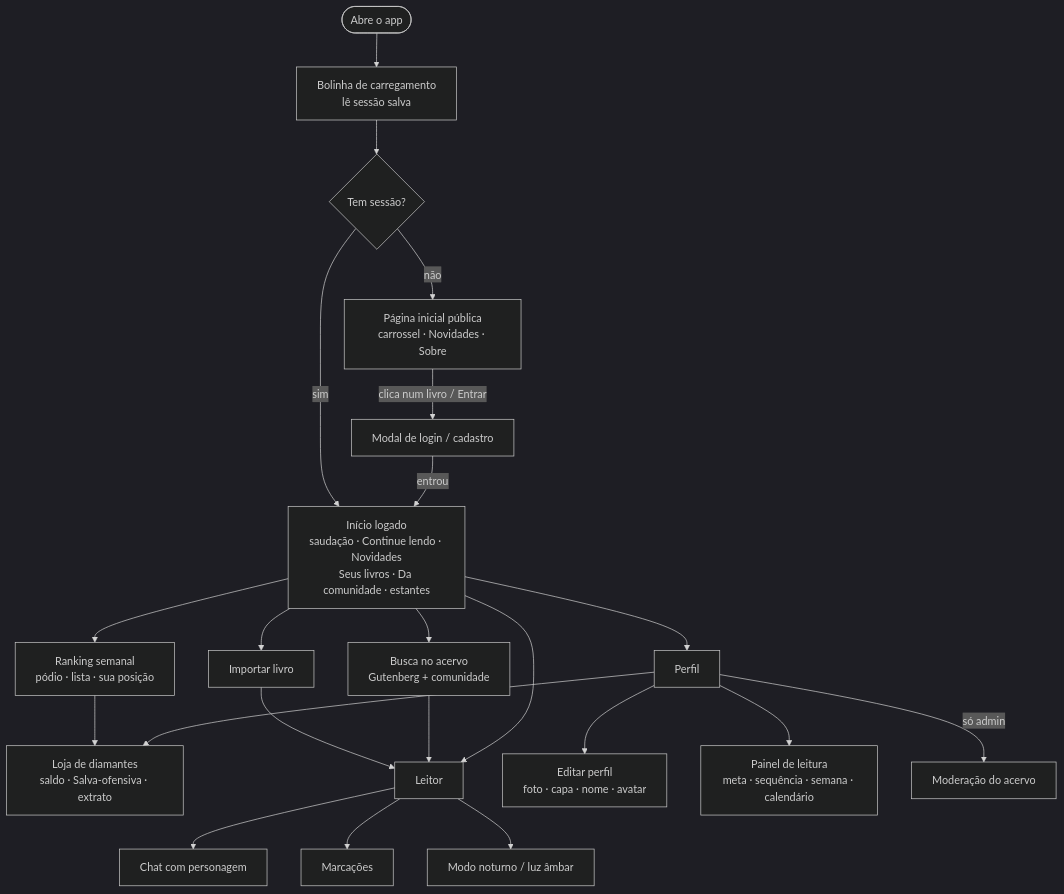
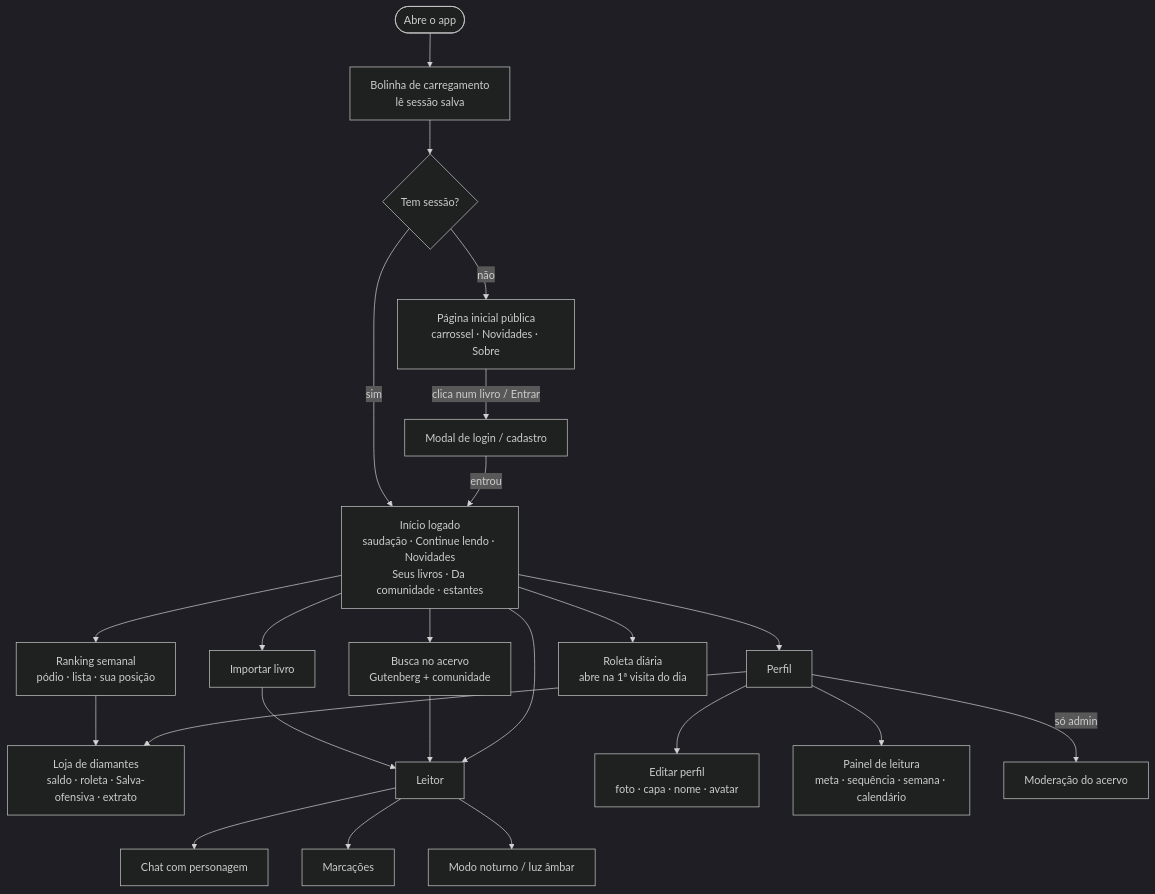
One commit to axyonsoftwarehouse/story-verse-web changed the second of 14 diagrams in docs/ARQUITETURA.md. Above: the diagram before and after it, drawn with Mermaid (dark theme). The commit also changed other lines of this file and 5 other files, not shown here.

First line of the commit message:
feat(diamonds): daily spin wheel and "how to earn" section in the shop

````diff
--- a/docs/ARQUITETURA.md
+++ b/docs/ARQUITETURA.md
@@ -83,29 +83,30 @@
 ```mermaid
 flowchart TD
   START([Abre o app]) --> LOAD[Bolinha de carregamento<br/>lê sessão salva]
   LOAD --> LOGGED{Tem sessão?}
 
   LOGGED -- não --> LAND[Página inicial pública<br/>carrossel · Novidades · Sobre]
   LAND -->|clica num livro / Entrar| AUTHM[Modal de login / cadastro]
   AUTHM -->|entrou| HOME
 
   LOGGED -- sim --> HOME[Início logado<br/>saudação · Continue lendo · Novidades<br/>Seus livros · Da comunidade · estantes]
 
   HOME --> SEARCH[Busca no acervo<br/>Gutenberg + comunidade]
   HOME --> IMPORT[Importar livro]
   HOME --> PROFILE[Perfil]
   HOME --> RANK[Ranking semanal<br/>pódio · lista · sua posição]
-  PROFILE --> SHOP[Loja de diamantes<br/>saldo · Salva-ofensiva · extrato]
+  PROFILE --> SHOP[Loja de diamantes<br/>saldo · roleta · Salva-ofensiva · extrato]
+  HOME --> SPIN[Roleta diária<br/>abre na 1ª visita do dia]
   RANK --> SHOP
   HOME --> READER[Leitor]
   SEARCH --> READER
   IMPORT --> READER
 
   READER --> CHAT[Chat com personagem]
   READER --> HL[Marcações]
   READER --> NIGHT[Modo noturno / luz âmbar]
 
   PROFILE --> EDIT[Editar perfil<br/>foto · capa · nome · avatar]
   PROFILE --> DASH[Painel de leitura<br/>meta · sequência · semana · calendário]
   PROFILE -->|só admin| MOD[Moderação do acervo]
 ```
````
